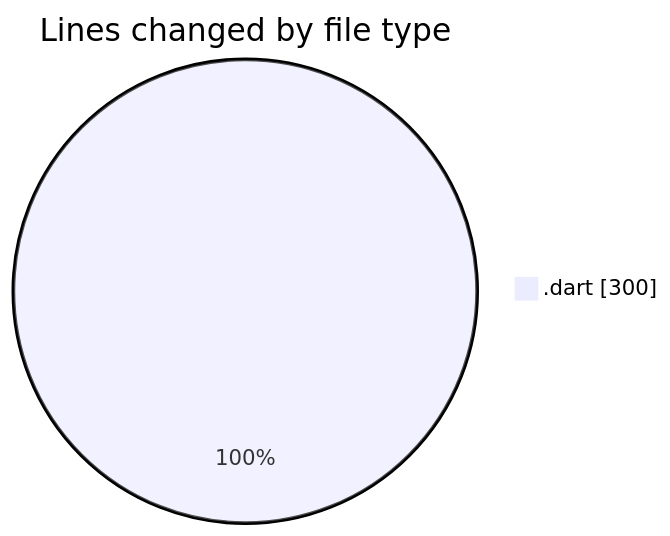
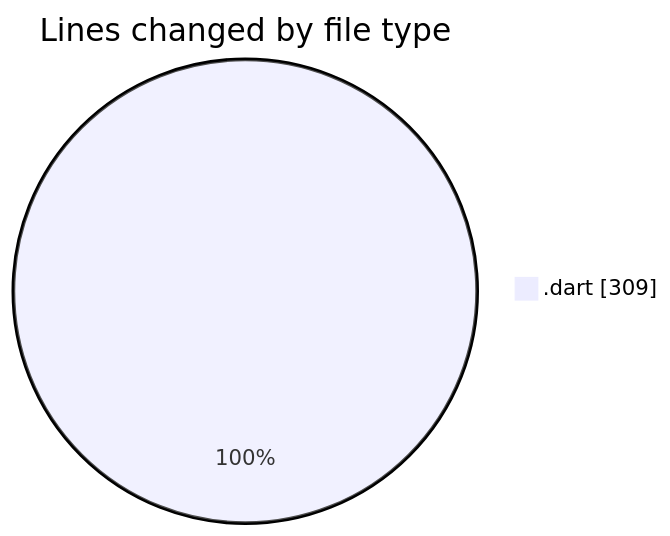
One commit to donsfak/code-tracking changed the first of 2 diagrams in 2025-01-26/trackers_app/README.md. Above: the diagram before and after it, drawn with Mermaid. The commit also changed other lines of this file and 1 other file, not shown here.

````diff
--- a/2025-01-26/trackers_app/README.md
+++ b/2025-01-26/trackers_app/README.md
@@ -22,5 +22,5 @@
 ```mermaid
 pie showData
 title Lines changed by file type
-".dart" : 300
+".dart" : 309
 ```
````
